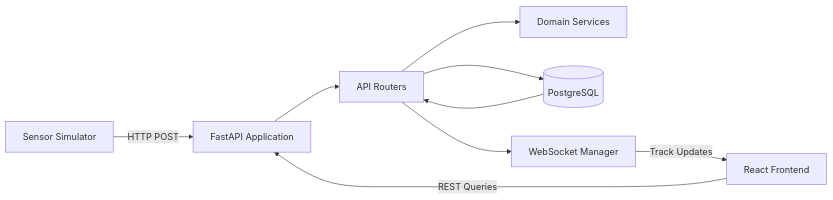
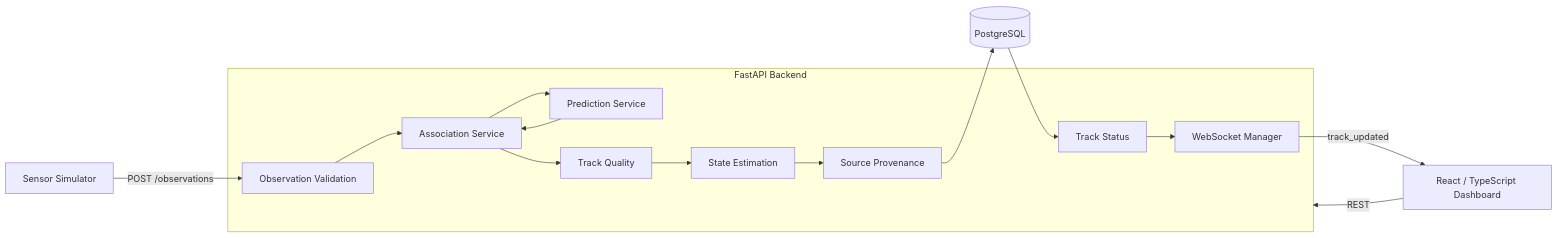
One commit to magliarozach-phntm/sensor-track-system changed the first of 3 diagrams in docs/architecture.md. Above: the diagram before and after it, drawn with Mermaid. The commit also changed other lines of this file and 1 other file, not shown here.

Commit message:
Update project documentation for tracking architecture

````diff
--- a/docs/architecture.md
+++ b/docs/architecture.md
@@ -24,29 +22,36 @@
 ```mermaid
 flowchart LR
     SIM[Sensor Simulator]
 
-    API[FastAPI Application]
-
-    ROUTES[API Routers]
-
-    SERVICES[Domain Services]
+    subgraph BACKEND[FastAPI Backend]
+        VALIDATE[Observation Validation]
+        ASSOC[Association Service]
+        PREDICT[Prediction Service]
+        QUALITY[Track Quality]
+        ESTIMATE[State Estimation]
+        SOURCE[Source Provenance]
+        STATUS[Track Status]
+        WS[WebSocket Manager]
+    end
 
     DB[(PostgreSQL)]
+    UI[React / TypeScript Dashboard]
 
-    WS[WebSocket Manager]
+    SIM -->|POST /observations| VALIDATE
 
-    FE[React Frontend]
+    VALIDATE --> ASSOC
+    ASSOC --> PREDICT
+    PREDICT --> ASSOC
 
-    SIM -->|HTTP POST| API
+    ASSOC --> QUALITY
+    QUALITY --> ESTIMATE
+    ESTIMATE --> SOURCE
 
-    API --> ROUTES
-    ROUTES --> SERVICES
-    ROUTES --> DB
+    SOURCE --> DB
+    DB --> STATUS
 
-    DB --> ROUTES
+    STATUS --> WS
+    WS -->|track_updated| UI
 
-    ROUTES --> WS
-    WS -->|Track Updates| FE
-
-    FE -->|REST Queries| API
+    UI -->|REST| BACKEND
 ```
````
